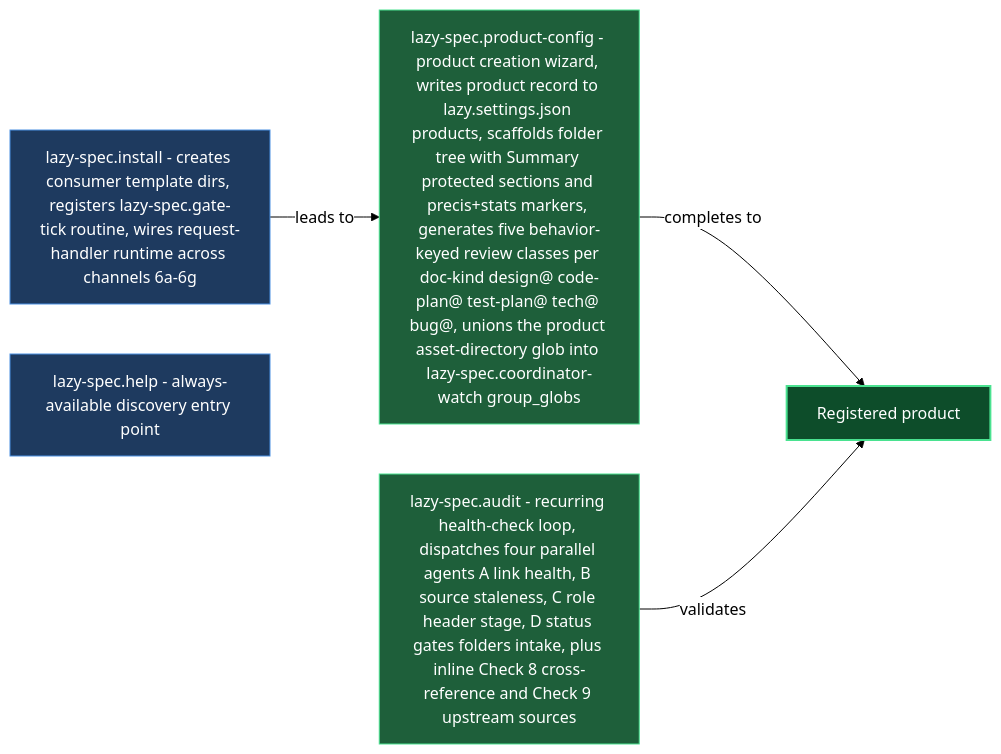
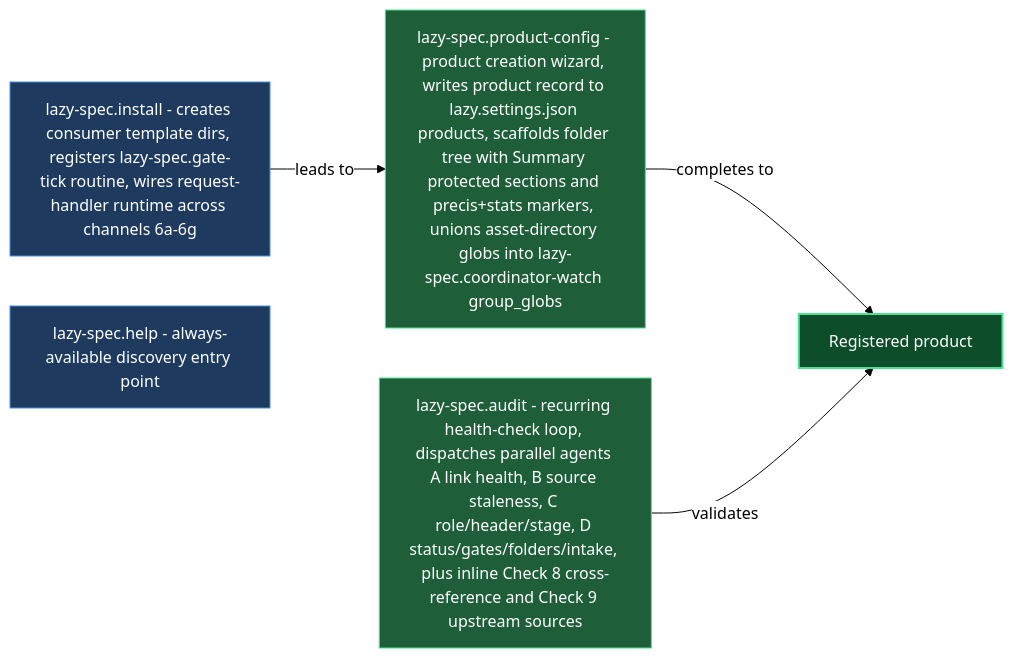
One commit to mebius-san/lazy-cortex changed the diagram in claude/lazycortex-specs/help/install-and-audit.md. Above: the diagram before and after it, drawn with Mermaid. The commit also changed other lines of this file and 289 other files, not shown here.

````diff
--- a/claude/lazycortex-specs/help/install-and-audit.md
+++ b/claude/lazycortex-specs/help/install-and-audit.md
@@ -82,23 +84,23 @@
 ```mermaid
 %%{init: {'themeVariables':{'background':'transparent','lineColor':'#000','textColor':'#000','edgeLabelBackground':'#fff'},'themeCSS':'.edgeLabel{background-color:transparent!important}.edgeLabel p{background-color:transparent!important}','flowchart':{'diagramPadding':5,'useMaxWidth':true}}}%%
 flowchart LR
-  specInstall[lazy-spec.install - creates consumer template dirs, registers lazy-spec.gate-tick routine, wires request-handler runtime across channels 6a-6g]
-  specProductConfig[lazy-spec.product-config - product creation wizard, writes product record to lazy.settings.json products, scaffolds folder tree with Summary protected sections and precis+stats markers, generates five behavior-keyed review classes per doc-kind design@ code-plan@ test-plan@ tech@ bug@, unions the product asset-directory glob into lazy-spec.coordinator-watch group_globs]
-  registeredProduct[Registered product]
-  specDoctor[lazy-spec.audit - recurring health-check loop, dispatches four parallel agents A link health, B source staleness, C role header stage, D status gates folders intake, plus inline Check 8 cross-reference and Check 9 upstream sources]
-  specHelp[lazy-spec.help - always-available discovery entry point]
+  lazySpecInstall["lazy-spec.install - creates consumer template dirs, registers lazy-spec.gate-tick routine, wires request-handler runtime across channels 6a-6g"]
+  lazySpecProductConfig["lazy-spec.product-config - product creation wizard, writes product record to lazy.settings.json products, scaffolds folder tree with Summary protected sections and precis+stats markers, unions asset-directory globs into lazy-spec.coordinator-watch group_globs"]
+  registeredProduct["Registered product"]
+  lazySpecAudit["lazy-spec.audit - recurring health-check loop, dispatches parallel agents A link health, B source staleness, C role/header/stage, D status/gates/folders/intake, plus inline Check 8 cross-reference and Check 9 upstream sources"]
+  lazySpecHelp["lazy-spec.help - always-available discovery entry point"]
 
-  specInstall -->|leads to| specProductConfig
-  specProductConfig -->|completes to| registeredProduct
-  specDoctor -->|validates| registeredProduct
+  lazySpecInstall -->|leads to| lazySpecProductConfig
+  lazySpecProductConfig -->|completes to| registeredProduct
+  lazySpecAudit -->|validates| registeredProduct
 
   classDef entry fill:#1e3a5f,stroke:#4a90e2,color:#fff
   classDef action fill:#1e5f3a,stroke:#4ae290,color:#fff
   classDef success fill:#0d4d2a,stroke:#4ae290,color:#fff,stroke-width:2px
 
-  class specInstall entry
-  class specHelp entry
-  class specProductConfig action
-  class specDoctor action
+  class lazySpecInstall entry
+  class lazySpecHelp entry
+  class lazySpecProductConfig action
+  class lazySpecAudit action
   class registeredProduct success
 ```
````
